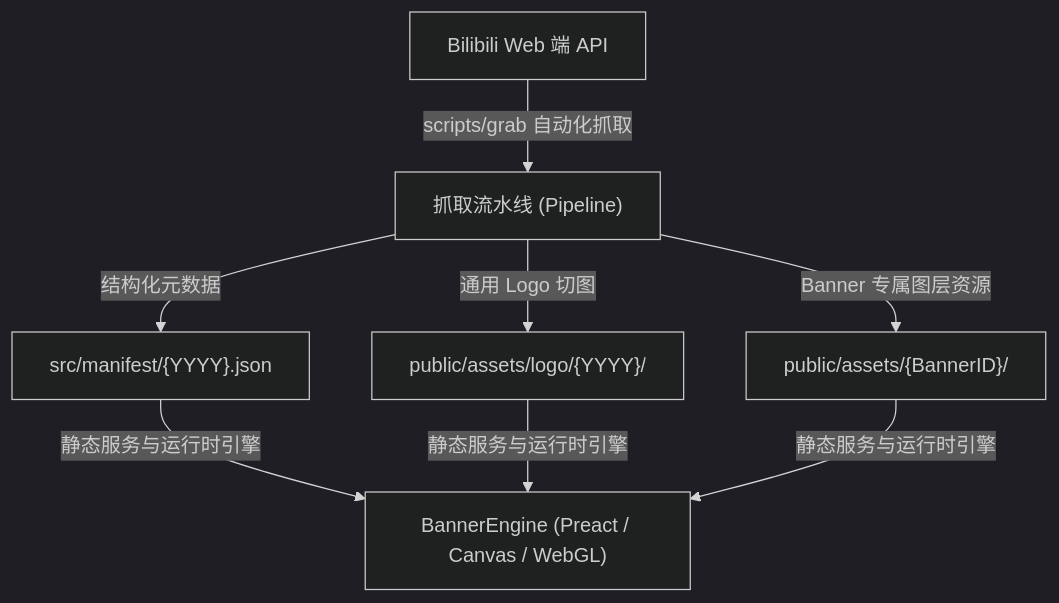
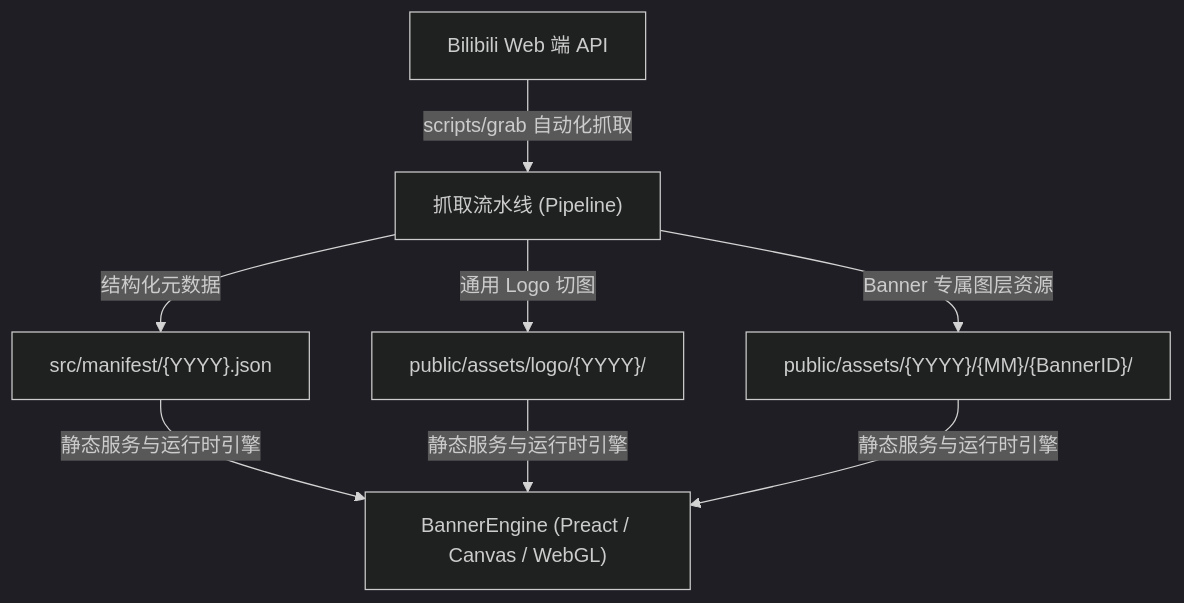
One commit to b23-org/bilibili-banner changed the first of 2 diagrams in docs/architecture/README.md. Above: the diagram before and after it, drawn with Mermaid (dark theme). The commit also changed other lines of this file and 7 other files, not shown here.

````diff
--- a/docs/architecture/README.md
+++ b/docs/architecture/README.md
@@ -11,8 +11,8 @@
 ```mermaid
 graph TD
     A["Bilibili Web 端 API"] -->|scripts/grab 自动化抓取| B["抓取流水线 (Pipeline)"]
     B -->|结构化元数据| C["src/manifest/{YYYY}.json"]
     B -->|通用 Logo 切图| D["public/assets/logo/{YYYY}/"]
-    B -->|Banner 专属图层资源| E["public/assets/{BannerID}/"]
+    B -->|Banner 专属图层资源| E["public/assets/{YYYY}/{MM}/{BannerID}/"]
     C & D & E -->|静态服务与运行时引擎| F["BannerEngine (Preact / Canvas / WebGL)"]
 ```
````
